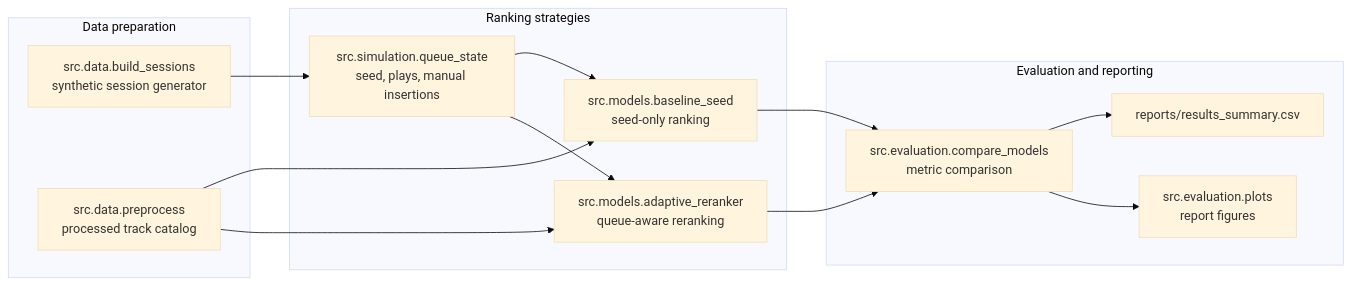
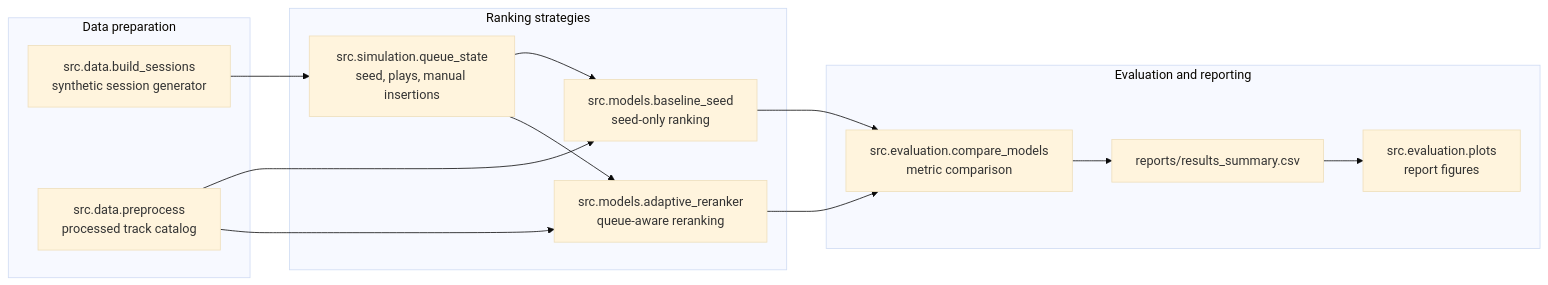
One commit to VatsalGoel3/dynamic-queue-adaptation changed the first of 2 diagrams in reports/whitepaper.md. Above: the diagram before and after it, drawn with Mermaid (base theme). The commit also changed other lines of this file, not shown here.

Commit message:
docs: correct whitepaper artifact flow (#17)

````diff
--- a/reports/whitepaper.md
+++ b/reports/whitepaper.md
@@ -20,29 +20,29 @@
 ```mermaid
 flowchart LR
   subgraph Data["Data preparation"]
     A["src.data.build_sessions\nsynthetic session generator"]
     B["src.data.preprocess\nprocessed track catalog"]
   end
 
   subgraph Rankers["Ranking strategies"]
     C["src.models.baseline_seed\nseed-only ranking"]
     D["src.models.adaptive_reranker\nqueue-aware reranking"]
     E["src.simulation.queue_state\nseed, plays, manual insertions"]
   end
 
   subgraph Evaluation["Evaluation and reporting"]
     F["src.evaluation.compare_models\nmetric comparison"]
     G["src.evaluation.plots\nreport figures"]
     H["reports/results_summary.csv"]
   end
 
   A --> E
   B --> C
   B --> D
   E --> C
   E --> D
   C --> F
   D --> F
   F --> H
-  F --> G
+  H --> G
 ```
````
